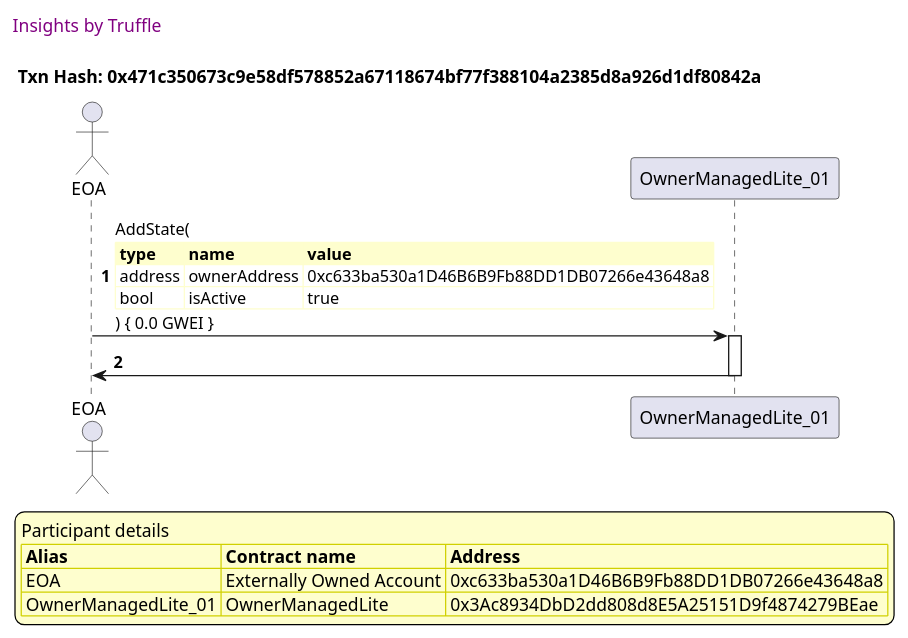
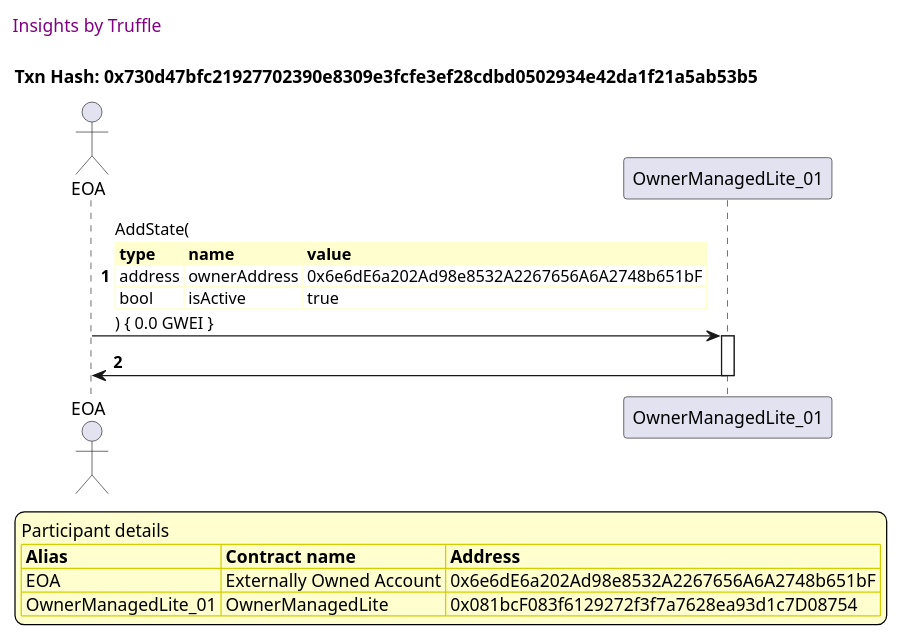
One commit to thedarkjester/ConsensysAssignment changed diagram 11 of 26 in truffle-seq/OwnerManagedLite_test_add_owner.md. Above: the diagram before and after it, drawn with PlantUML. The commit also changed other lines of this file and 13 other files, not shown here.

````diff
--- a/truffle-seq/OwnerManagedLite_test_add_owner.md
+++ b/truffle-seq/OwnerManagedLite_test_add_owner.md
@@ -488,41 +488,41 @@
 ```plantuml
 
 
 @startuml
 
 autonumber
 skinparam legendBackgroundColor #FEFECE
 
 <style>
       header {
         HorizontalAlignment left
         FontColor purple
         FontSize 14
         Padding 10
       }
     </style>
 
 header Insights by Truffle
 
-title Txn Hash: 0x471c350673c9e58df578852a67118674bf77f388104a2385d8a926d1df80842a
+title Txn Hash: 0x730d47bfc21927702390e8309e3fcfe3ef28cdbd0502934e42da1f21a5ab53b5
 
 
 actor EOA as "EOA"
 participant OwnerManagedLite_01 as "OwnerManagedLite_01"
 
 "EOA" -> "OwnerManagedLite_01" ++: AddState(\n\
 <#FEFECE,#FEFECE>|= type |= name |= value |\n\
-| address | ownerAddress | 0xc633ba530a1D46B6B9Fb88DD1DB07266e43648a8 |\n\
+| address | ownerAddress | 0x6e6dE6a202Ad98e8532A2267656A6A2748b651bF |\n\
 | bool | isActive | true |\n\
 ) { 0.0 GWEI }
 "OwnerManagedLite_01" -> "EOA" --: 
 
 legend
 Participant details
 <#FEFECE,#D0D000>|= Alias |= Contract name |= Address |
-<#FEFECE>| EOA | Externally Owned Account | 0xc633ba530a1D46B6B9Fb88DD1DB07266e43648a8 |
-<#FEFECE>| OwnerManagedLite_01 | OwnerManagedLite | 0x3Ac8934DbD2dd808d8E5A25151D9f4874279BEae |
+<#FEFECE>| EOA | Externally Owned Account | 0x6e6dE6a202Ad98e8532A2267656A6A2748b651bF |
+<#FEFECE>| OwnerManagedLite_01 | OwnerManagedLite | 0x081bcF083f6129272f3f7a7628ea93d1c7D08754 |
 endlegend
 
 @enduml
 ```
````
